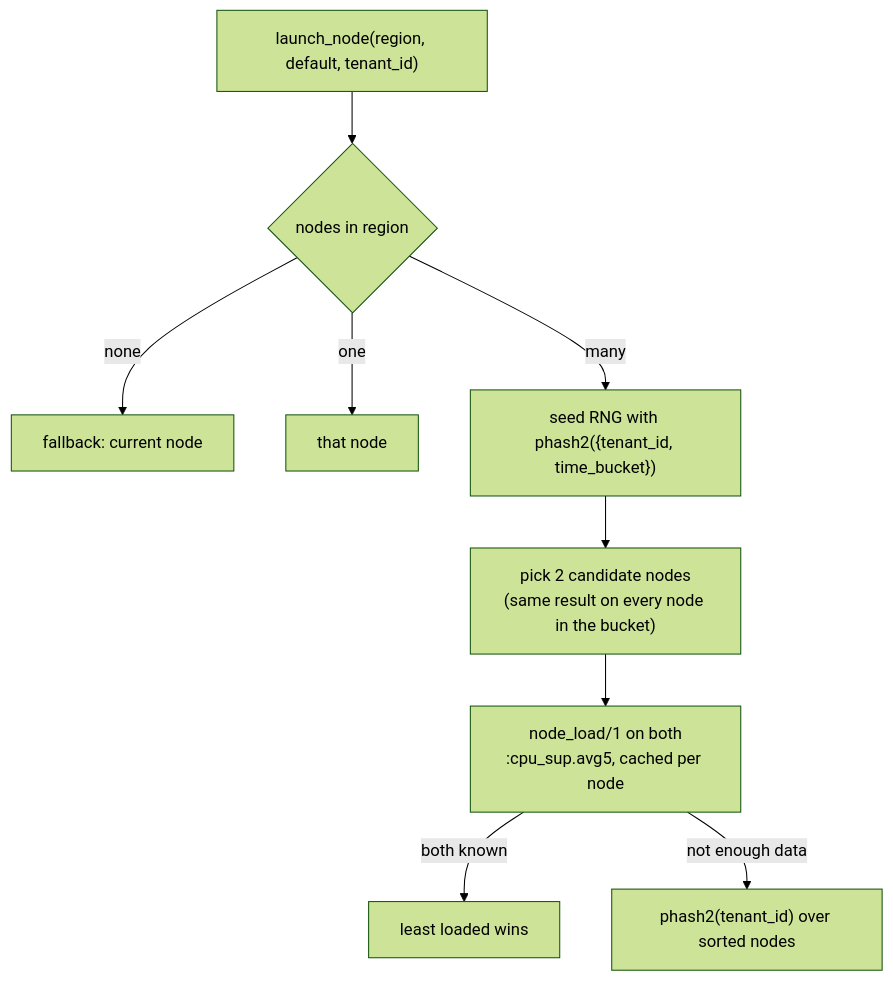
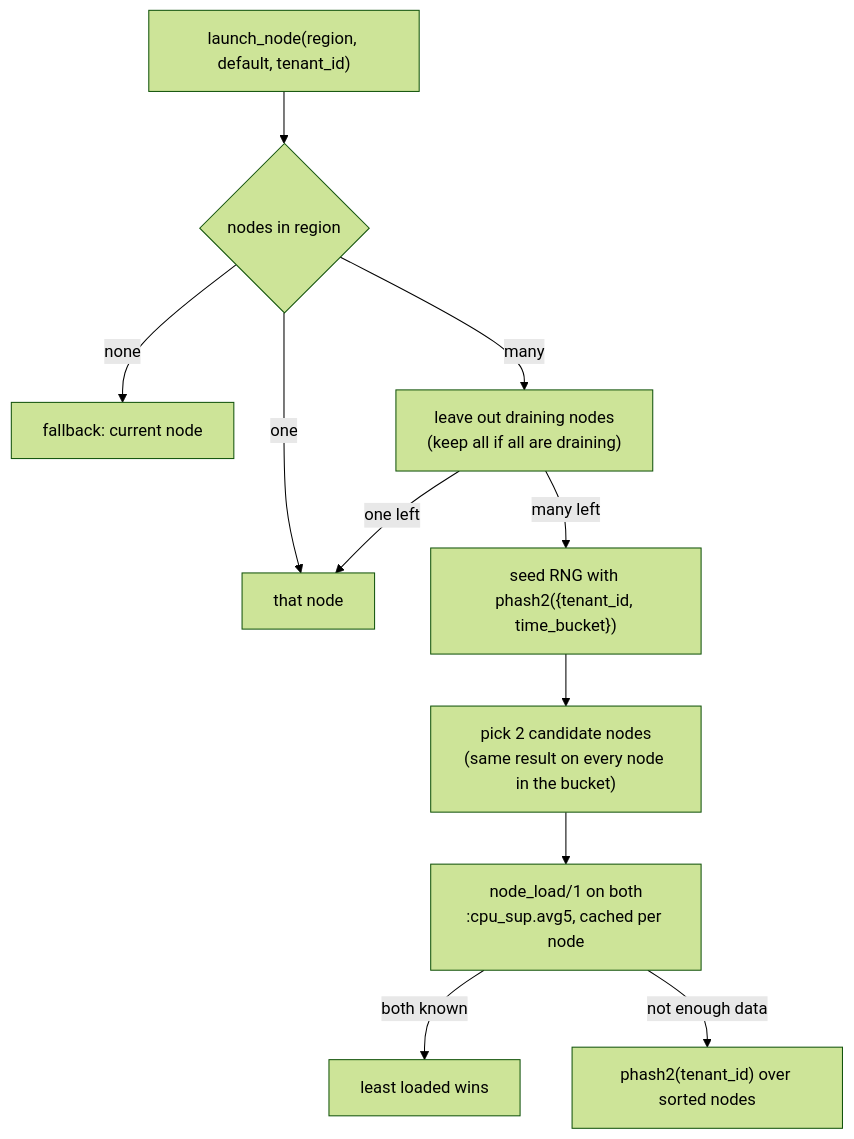
One commit to supabase/realtime changed the second of 6 diagrams in ARCHITECTURE.md. Above: the diagram before and after it, drawn with Mermaid (forest theme). The commit also changed other lines of this file and 7 other files, not shown here.

Commit message:
feat: avoid starting new things on draining nodes

````diff
--- a/ARCHITECTURE.md
+++ b/ARCHITECTURE.md
@@ -118,11 +118,13 @@
 ```mermaid
 flowchart TD
     A["launch_node(region, default, tenant_id)"] --> B{"nodes in region"}
     B -->|none| C["fallback: current node"]
     B -->|one| D["that node"]
-    B -->|many| E["seed RNG with phash2({tenant_id, time_bucket})"]
+    B -->|many| J["leave out draining nodes<br/>(keep all if all are draining)"]
+    J -->|one left| D
+    J -->|many left| E["seed RNG with phash2({tenant_id, time_bucket})"]
     E --> F["pick 2 candidate nodes<br/>(same result on every node in the bucket)"]
     F --> G["node_load/1 on both<br/>:cpu_sup.avg5, cached per node"]
     G -->|both known| H["least loaded wins"]
     G -->|not enough data| I["phash2(tenant_id) over sorted nodes"]
 ```
````
